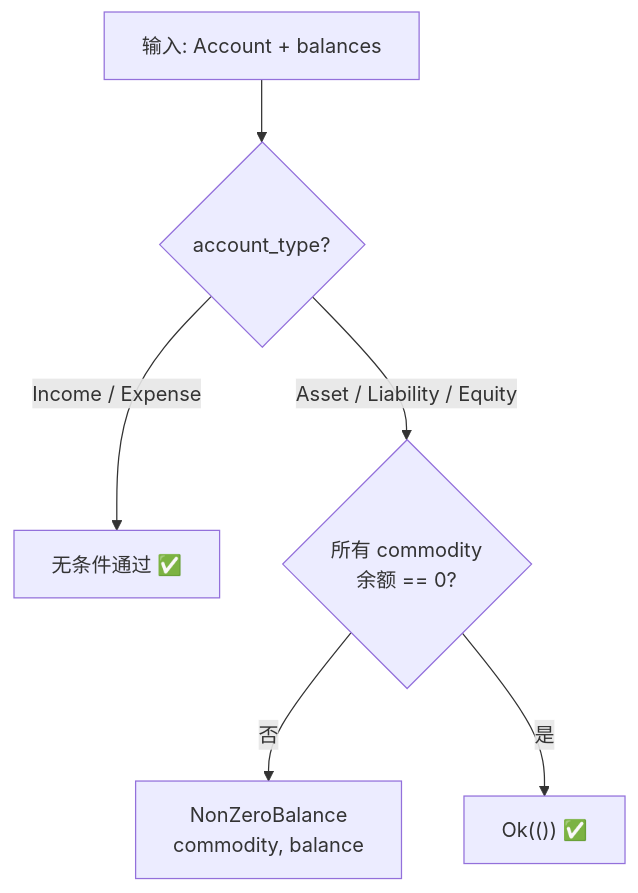
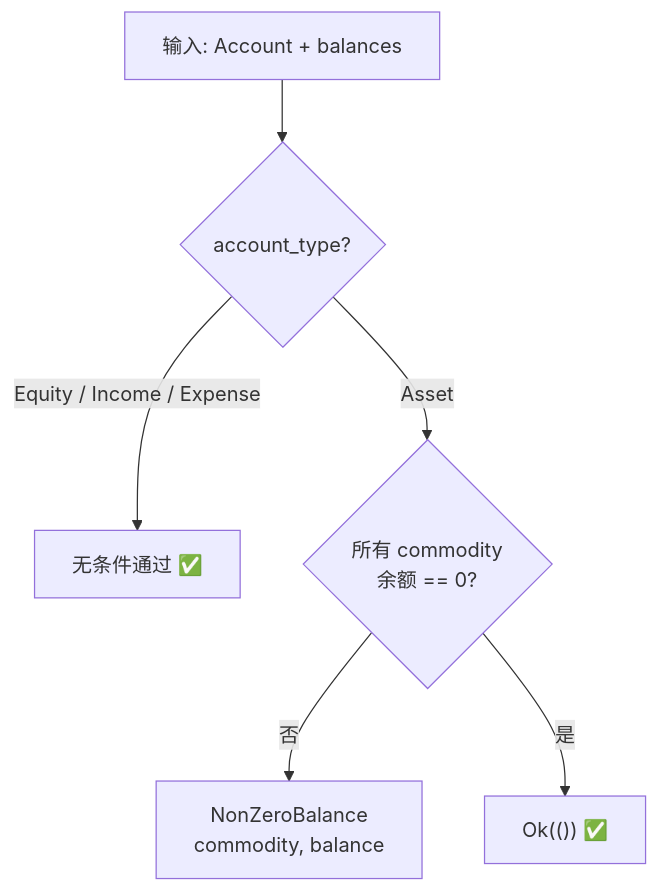
The third of 6 diagrams in spec/core.md (YdrMaster/accounting), drawn with Mermaid before and after one commit. The commit also changed other lines of this file and 26 other files, not shown here.

````diff
--- a/spec/core.md
+++ b/spec/core.md
@@ -291,8 +289,8 @@
 ```mermaid
 flowchart TD
     A["输入: Account + balances"] --> B{"account_type?"}
-    B -->|Income / Expense| C["无条件通过 ✅"]
-    B -->|Asset / Liability / Equity| D{"所有 commodity<br/>余额 == 0?"}
+    B -->|Equity / Income / Expense| C["无条件通过 ✅"]
+    B -->|Asset| D{"所有 commodity<br/>余额 == 0?"}
     D -->|否| E["NonZeroBalance<br/>commodity, balance"]
     D -->|是| F["Ok(()) ✅"]
 ```
````
